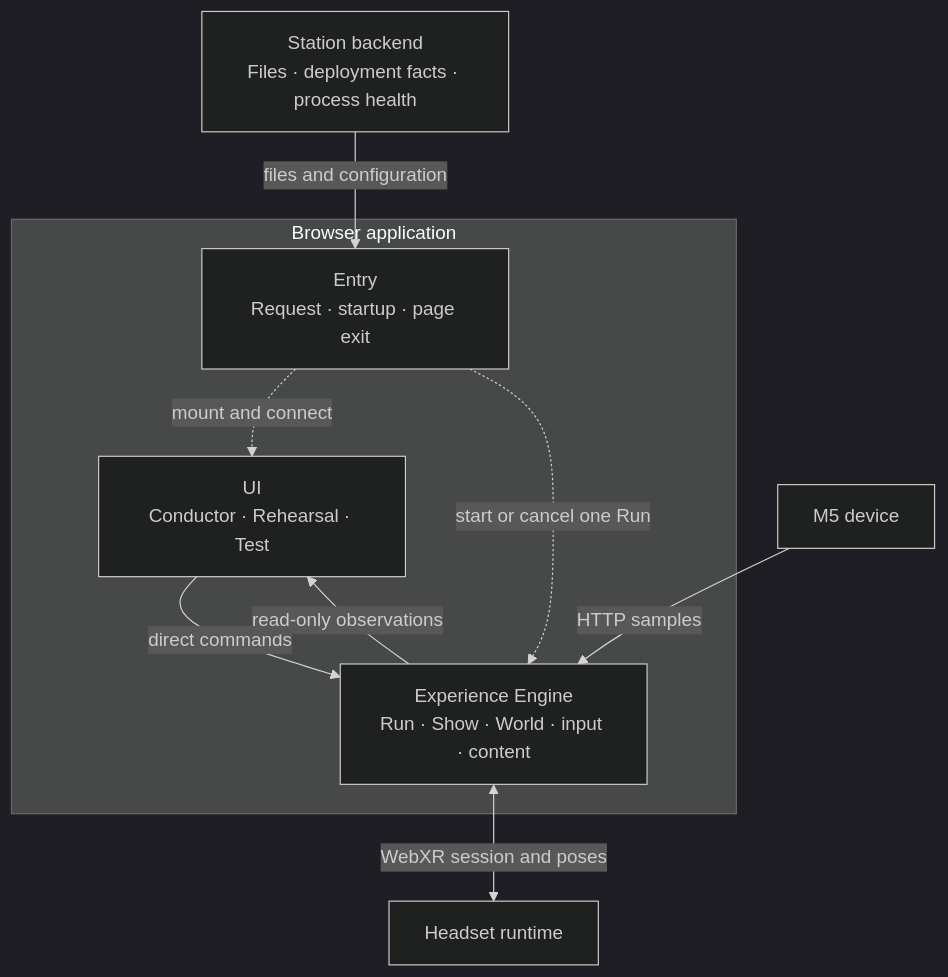
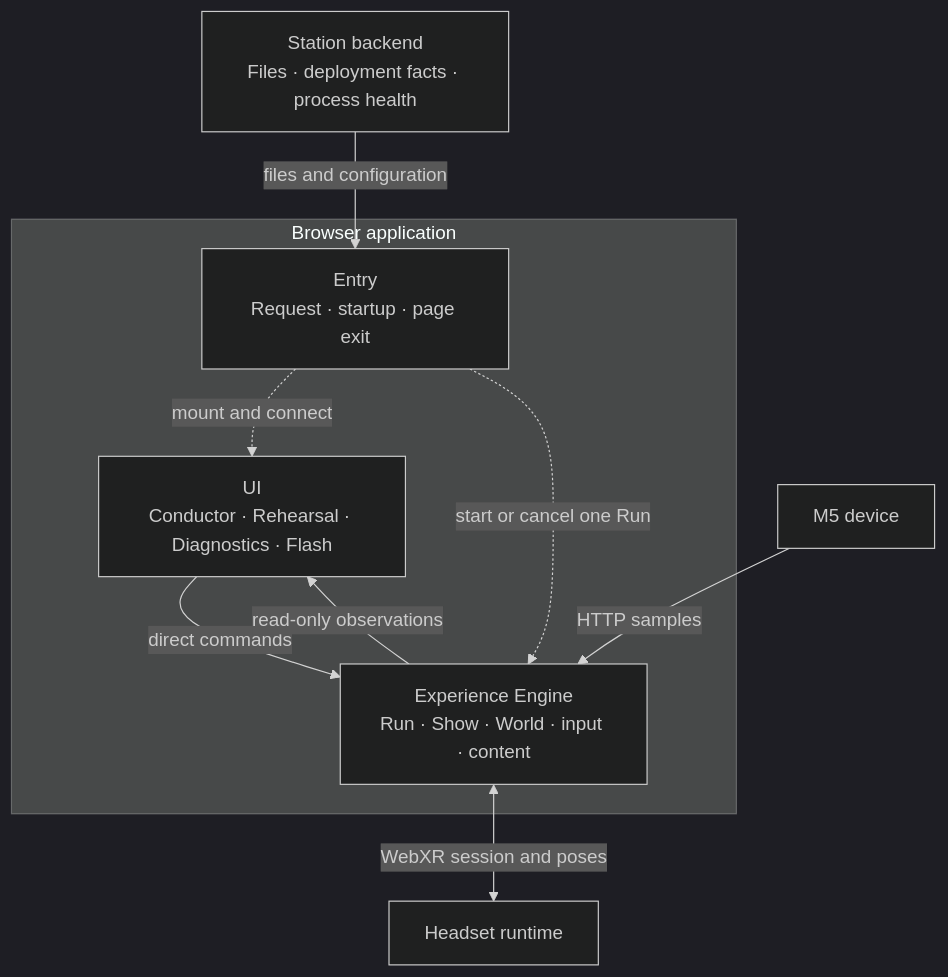
One commit to Strehk/becoming-many changed the first of 4 diagrams in docs/target-architecture.md. Above: the diagram before and after it, drawn with Mermaid (dark theme). The commit also changed other lines of this file and 40 other files, not shown here.

````diff
--- a/docs/target-architecture.md
+++ b/docs/target-architecture.md
@@ -75,16 +75,16 @@
 ```mermaid
 flowchart TB
   Backend["Station backend<br/>Files · deployment facts · process health"]
   subgraph Browser["Browser application"]
     Entry["Entry<br/>Request · startup · page exit"]
-    UI["UI<br/>Conductor · Rehearsal · Test"]
+    UI["UI<br/>Conductor · Rehearsal · Diagnostics · Flash"]
     Engine["Experience Engine<br/>Run · Show · World · input · content"]
     Entry -.->|"mount and connect"| UI
     Entry -.->|"start or cancel one Run"| Engine
     UI -->|"direct commands"| Engine
     Engine -->|"read-only observations"| UI
   end
   Backend -->|"files and configuration"| Entry
   M5["M5 device"] -->|"HTTP samples"| Engine
   Engine <-->|"WebXR session and poses"| Headset["Headset runtime"]
 ```
````
